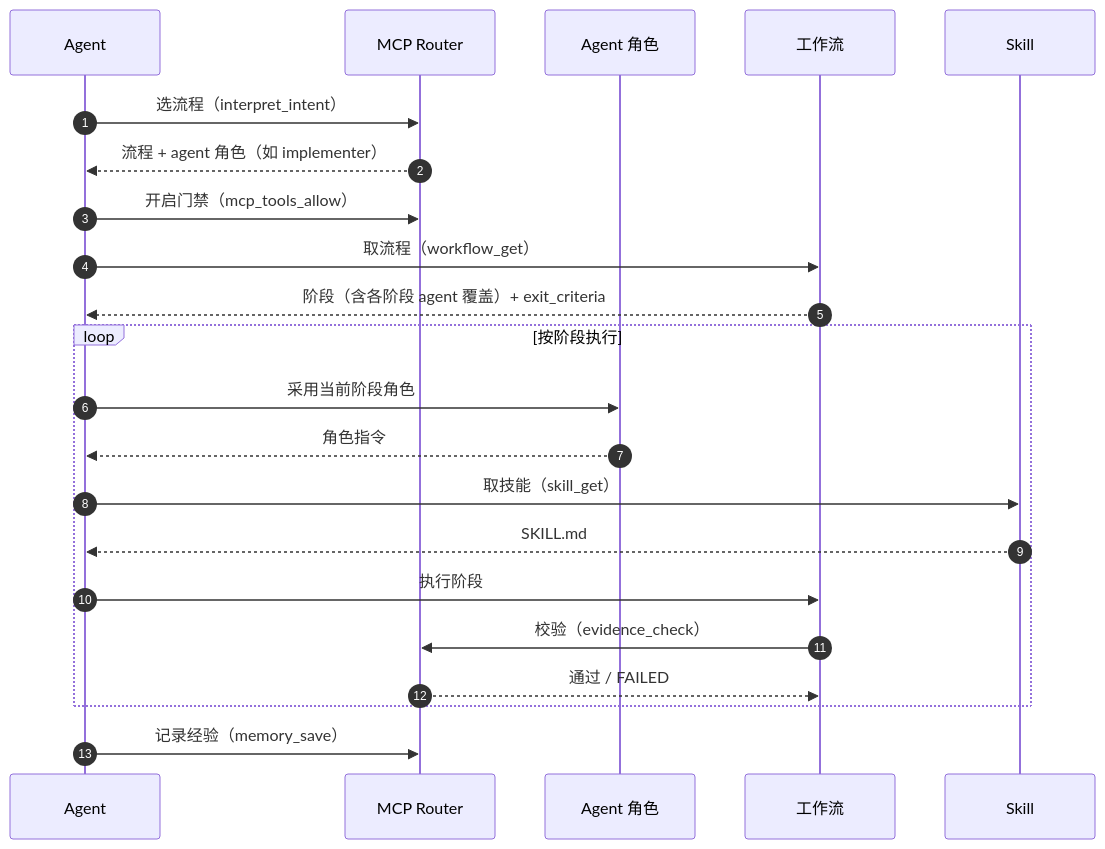
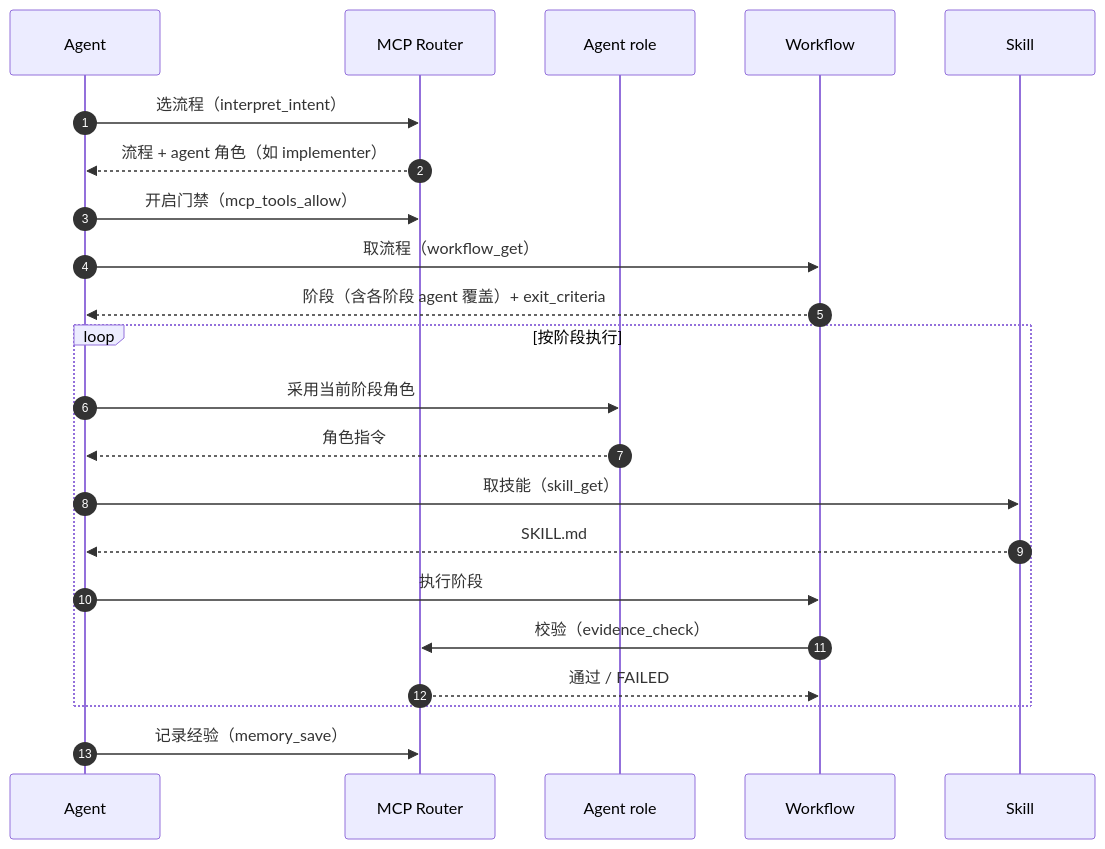
One commit to parkwoo/wawoo-agent-skills changed the diagram in README.zh-CN.md. Above: the diagram before and after it, drawn with Mermaid. The commit also changed 2 other files, not shown here.

Commit message:
docs: unify sequence-diagram participant names to English across languages

````diff
--- a/README.zh-CN.md
+++ b/README.zh-CN.md
@@ -62,24 +62,24 @@
 ```mermaid
 sequenceDiagram
     autonumber
     participant A as Agent
     participant R as MCP Router
-    participant G as Agent 角色
-    participant W as 工作流
+    participant G as Agent role
+    participant W as Workflow
     participant S as Skill
     A->>R: 选流程（interpret_intent）
     R-->>A: 流程 + agent 角色（如 implementer）
     A->>R: 开启门禁（mcp_tools_allow）
     A->>W: 取流程（workflow_get）
     W-->>A: 阶段（含各阶段 agent 覆盖）+ exit_criteria
     loop 按阶段执行
         A->>G: 采用当前阶段角色
         G-->>A: 角色指令
         A->>S: 取技能（skill_get）
         S-->>A: SKILL.md
         A->>W: 执行阶段
         W->>R: 校验（evidence_check）
         R-->>W: 通过 / FAILED
     end
     A->>R: 记录经验（memory_save）
 ```
````
